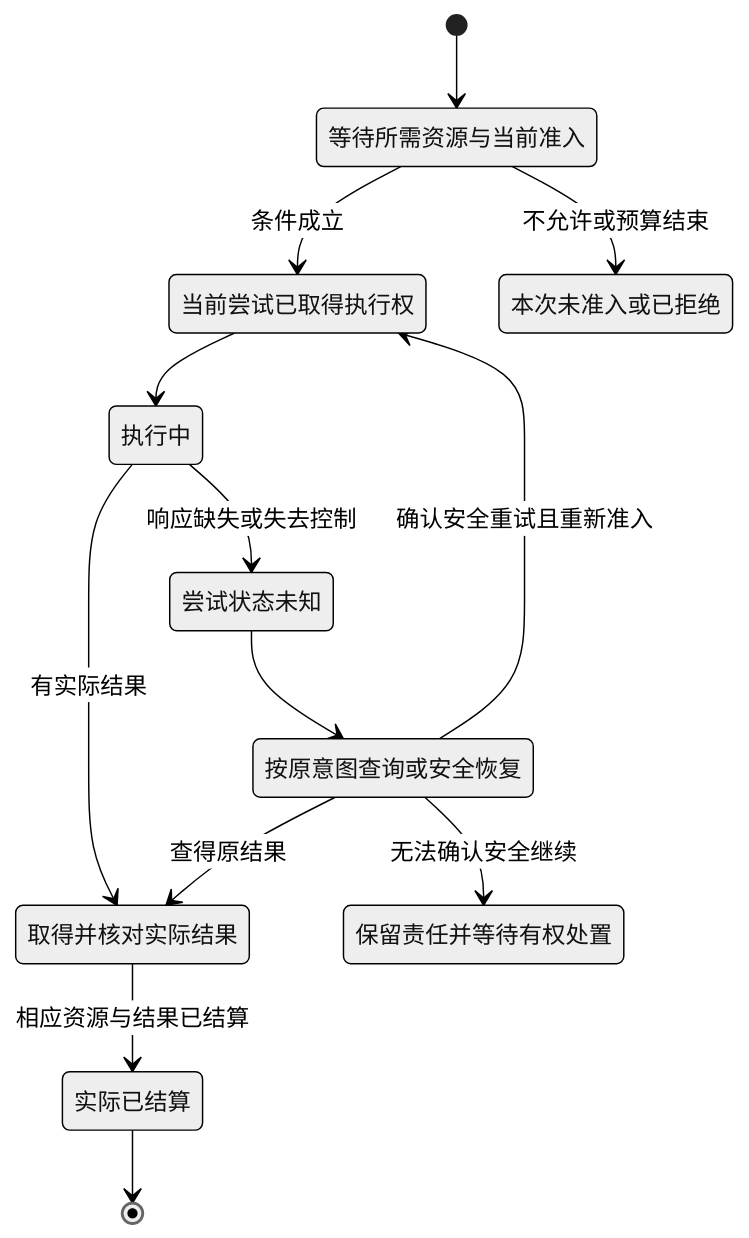
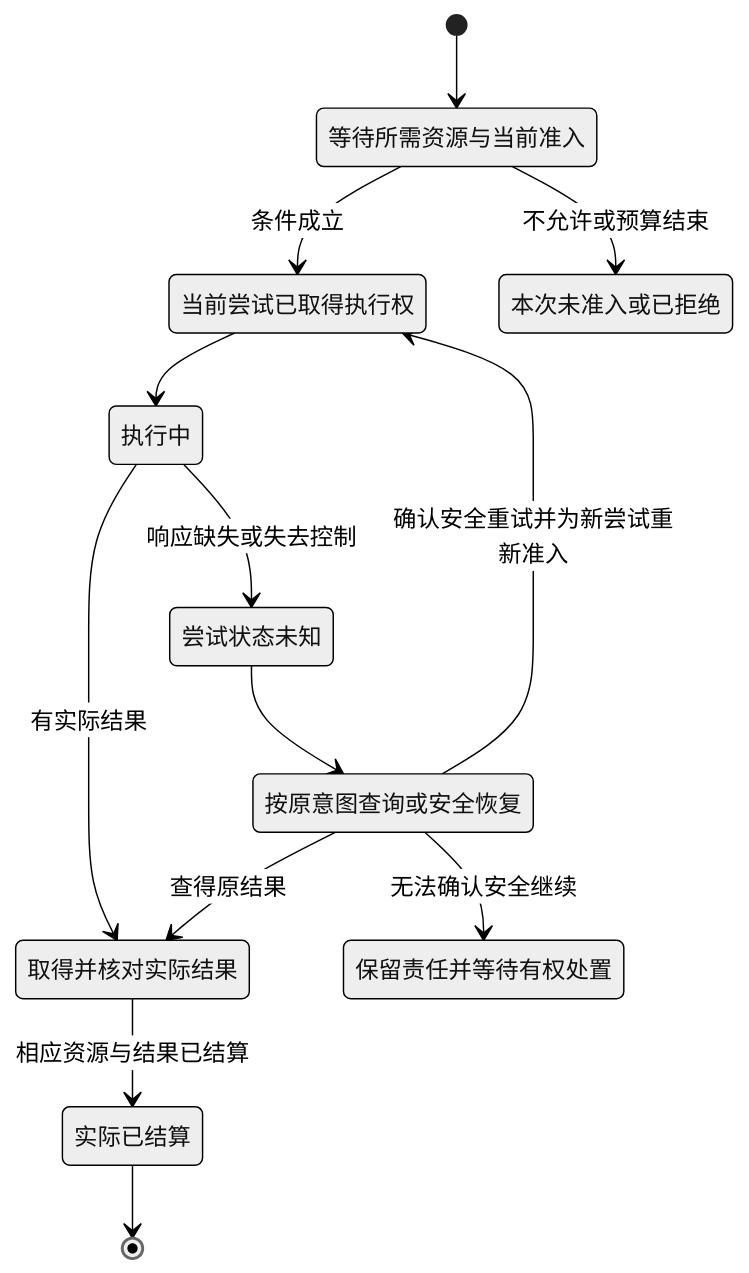
One commit to sec-platform/sec changed the diagram in docs/运行/验收/会话集成与结果复用.md. Above: the diagram before and after it, drawn with Mermaid (neutral theme). The commit also changed other lines of this file and 1462 other files, not shown here.

````diff
--- a/docs/运行/验收/会话集成与结果复用.md
+++ b/docs/运行/验收/会话集成与结果复用.md
@@ -168,24 +179,24 @@
 ```mermaid
 stateDiagram-v2
   [*] --> Waiting
   state "等待所需资源与当前准入" as Waiting
   state "当前尝试已取得执行权" as Admitted
   state "执行中" as Running
   state "取得并核对实际结果" as Observing
   state "尝试状态未知" as Unknown
   state "按原意图查询或安全恢复" as Recovering
   state "保留责任并等待有权处置" as Parked
   state "实际已结算" as Settled
   state "本次未准入或已拒绝" as Rejected
   Waiting --> Admitted: 条件成立
   Waiting --> Rejected: 不允许或预算结束
   Admitted --> Running
   Running --> Observing: 有实际结果
   Running --> Unknown: 响应缺失或失去控制
   Unknown --> Recovering
   Recovering --> Observing: 查得原结果
-  Recovering --> Admitted: 确认安全重试且重新准入
+  Recovering --> Admitted: 确认安全重试并为新尝试重新准入
   Recovering --> Parked: 无法确认安全继续
   Observing --> Settled: 相应资源与结果已结算
   Settled --> [*]
 ```
````
